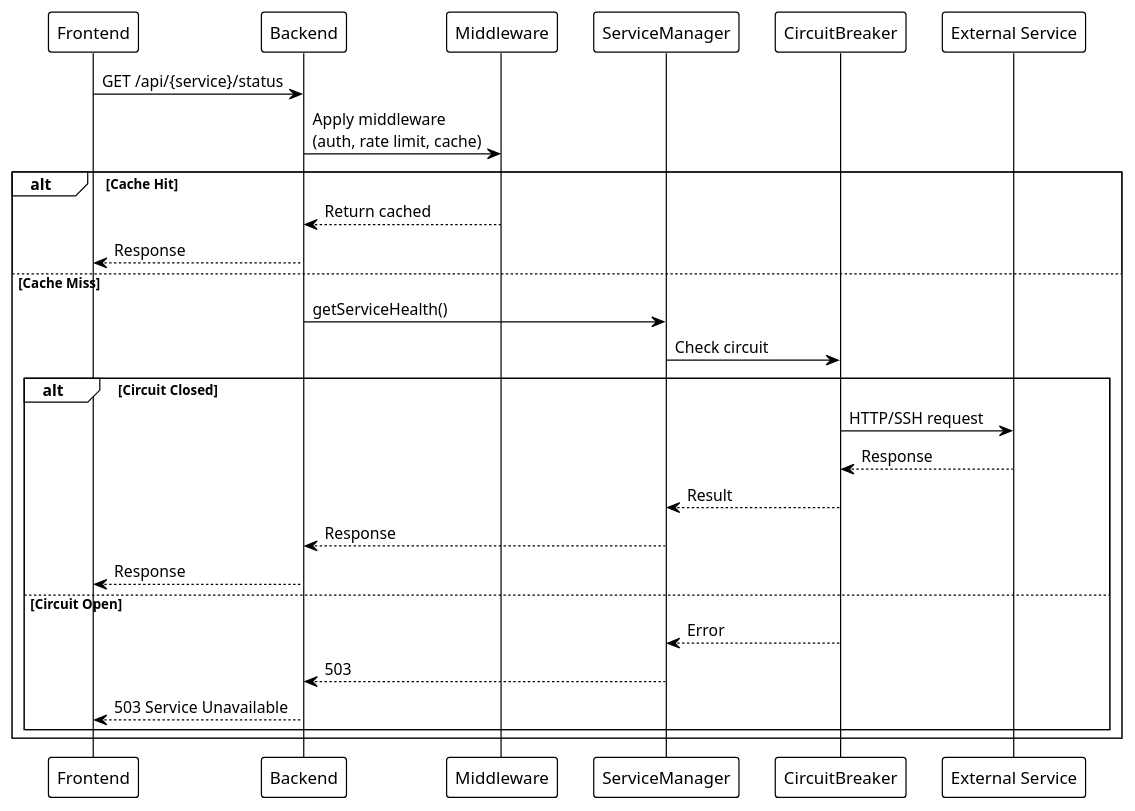
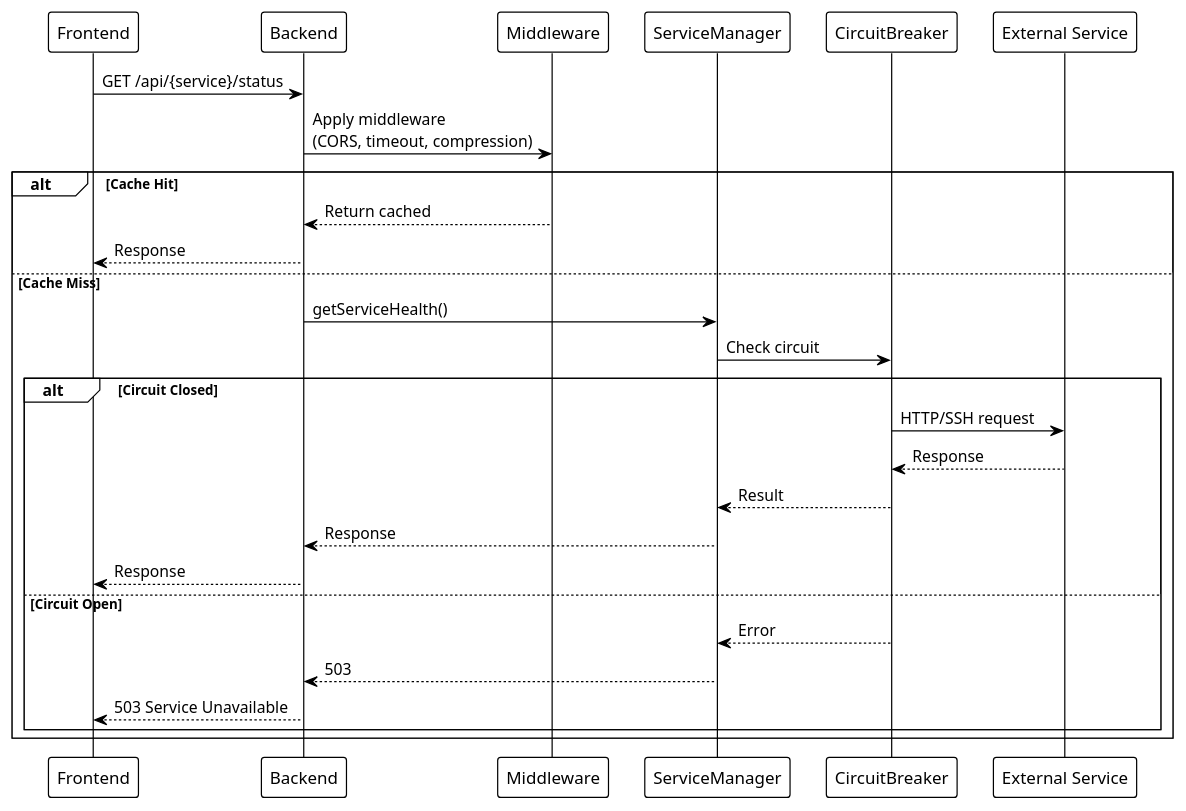
One commit to EraPartner/Watchman changed the second of 2 diagrams in docs/troubleshooting.md. Above: the diagram before and after it, drawn with PlantUML. The commit also changed other lines of this file and 9 other files, not shown here.

First line of the commit message:
docs: align KB with ADR-017 (no auth) and add interactive flow visualizer

````diff
--- a/docs/troubleshooting.md
+++ b/docs/troubleshooting.md
@@ -198,36 +181,36 @@
 ```plantuml
 @startuml
 !theme plain
 
 participant "Frontend" as FE
 participant "Backend" as BE
 participant "Middleware" as MW
 participant "ServiceManager" as SM
 participant "CircuitBreaker" as CB
 participant "External Service" as Ext
 
 FE -> BE : GET /api/{service}/status
 
-BE -> MW : Apply middleware\n(auth, rate limit, cache)
+BE -> MW : Apply middleware\n(CORS, timeout, compression)
 
 alt Cache Hit
     MW --> BE : Return cached
     BE --> FE : Response
 else Cache Miss
     BE -> SM : getServiceHealth()
     SM -> CB : Check circuit
 
     alt Circuit Closed
         CB -> Ext : HTTP/SSH request
         Ext --> CB : Response
         CB --> SM : Result
         SM --> BE : Response
         BE --> FE : Response
     else Circuit Open
         CB --> SM : Error
         SM --> BE : 503
         BE --> FE : 503 Service Unavailable
     end
 end
 @enduml
 ```
````
